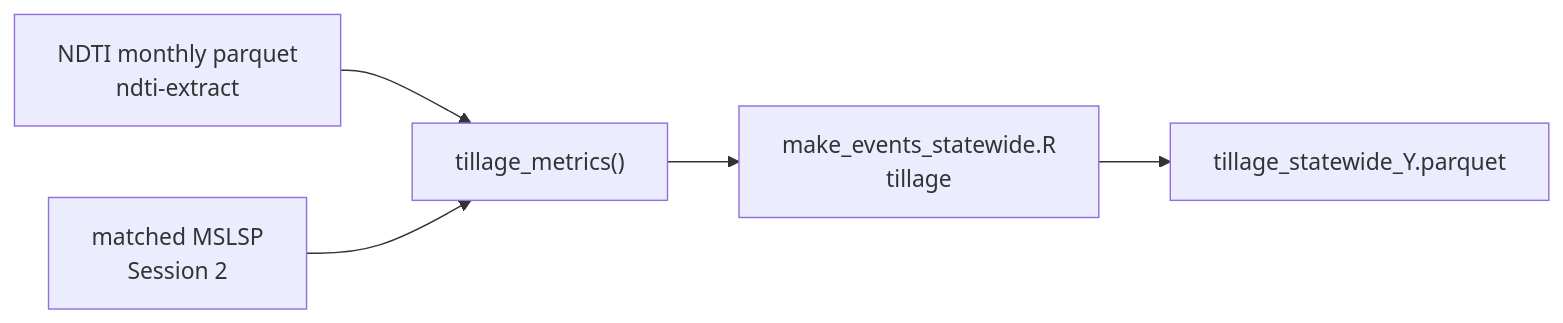
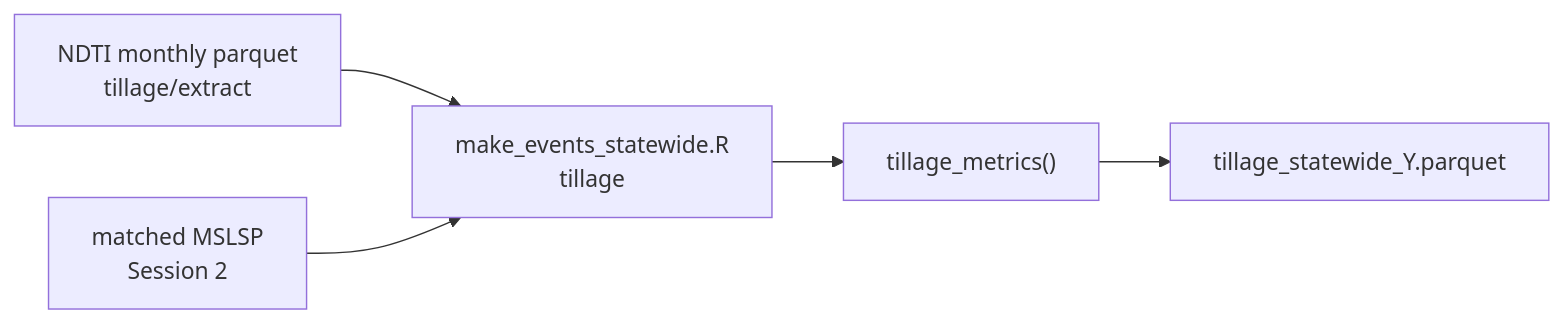
One commit to PecanProject/pecan changed the diagram in modules/data.remote/inst/ccmmf/documentation/sessions/03-tillage-fertilizer.md. Above: the diagram before and after it, drawn with Mermaid. The commit also changed other lines of this file and 170 other files, not shown here.

````diff
--- a/modules/data.remote/inst/ccmmf/documentation/sessions/03-tillage-fertilizer.md
+++ b/modules/data.remote/inst/ccmmf/documentation/sessions/03-tillage-fertilizer.md
@@ -26,7 +44,7 @@
 ```mermaid
 flowchart LR
-  NDTI["NDTI monthly parquet\nndti-extract"] --> T["tillage_metrics()"]
-  ASS["matched MSLSP\nSession 2"] --> T
-  T --> E["make_events_statewide.R\ntillage"]
-  E --> OUT["tillage_statewide_Y.parquet"]
+  NDTI["NDTI monthly parquet\ntillage/extract"] --> E["make_events_statewide.R\ntillage"]
+  ASS["matched MSLSP\nSession 2"] --> E
+  E --> T["tillage_metrics()"]
+  T --> OUT["tillage_statewide_Y.parquet"]
 ```
````
